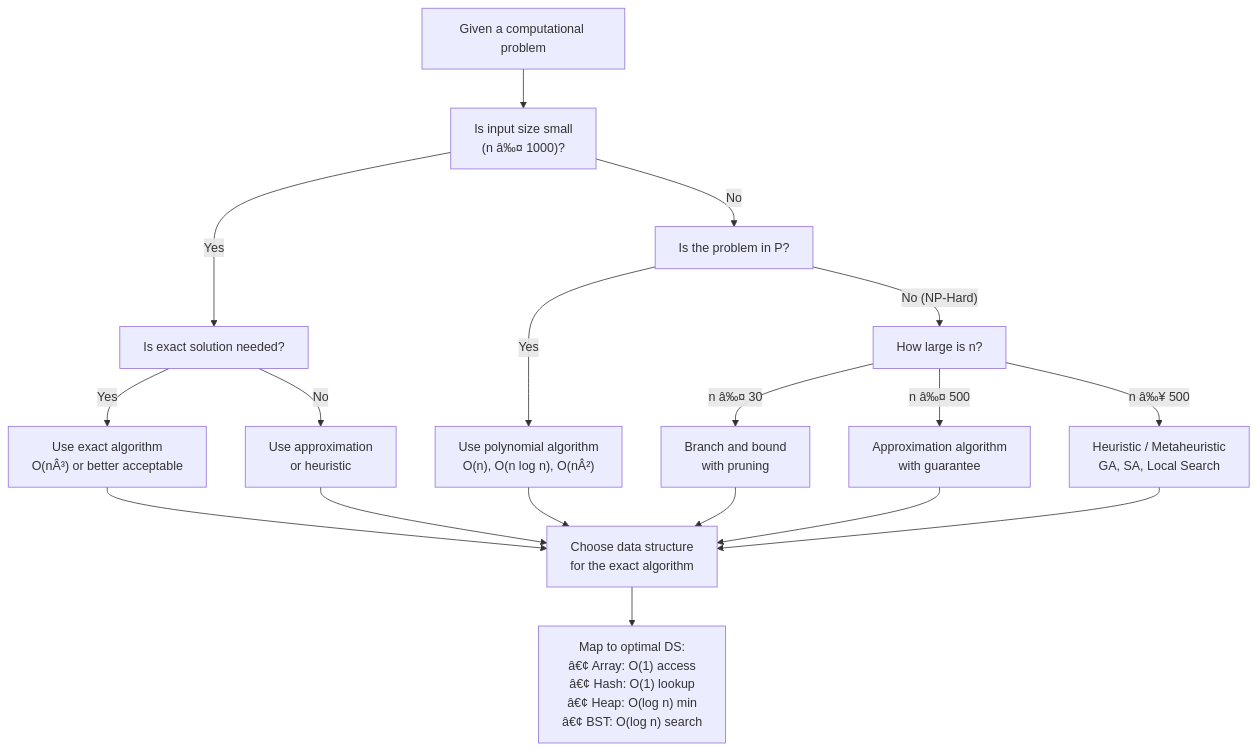
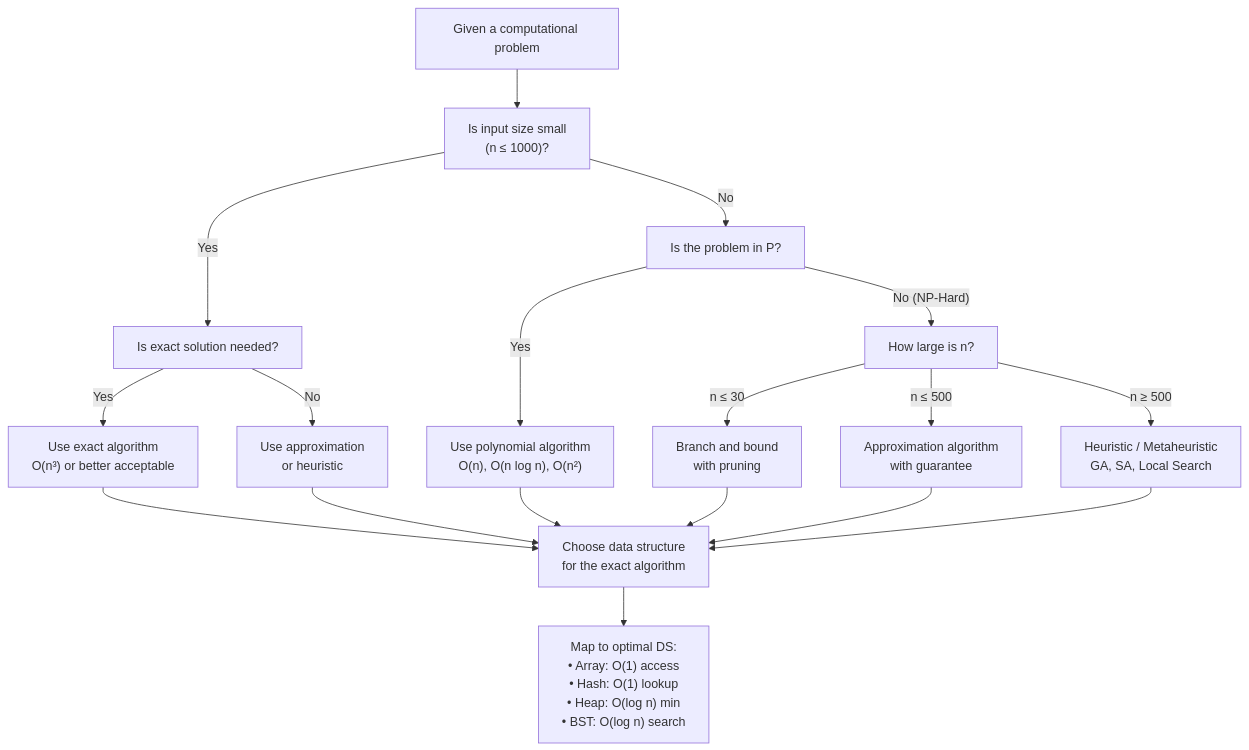
One commit to Raushan666java/ai-engineering-journey changed the second of 2 diagrams in docs/courses/data-structures/01-complexity.md. Above: the diagram before and after it, drawn with Mermaid. The commit also changed other lines of this file and 965 other files, not shown here.

````diff
--- a/docs/courses/data-structures/01-complexity.md
+++ b/docs/courses/data-structures/01-complexity.md
@@ -1386,25 +1386,25 @@
 ```mermaid
 flowchart TD
-    Start["Given a computational problem"] --> Q1["Is input size small<br/>(n â‰¤ 1000)?"]
+    Start["Given a computational problem"] --> Q1["Is input size small<br/>(n ≤ 1000)?"]
     Q1 -->|Yes| Q2["Is exact solution needed?"]
     Q1 -->|No| Q3["Is the problem in P?"]
     
-    Q2 -->|"Yes"| Exact["Use exact algorithm<br/>O(nÂ³) or better acceptable"]
+    Q2 -->|"Yes"| Exact["Use exact algorithm<br/>O(n³) or better acceptable"]
     Q2 -->|"No"| Approx["Use approximation<br/>or heuristic"]
     
-    Q3 -->|"Yes"| Poly["Use polynomial algorithm<br/>O(n), O(n log n), O(nÂ²)"]
+    Q3 -->|"Yes"| Poly["Use polynomial algorithm<br/>O(n), O(n log n), O(n²)"]
     Q3 -->|"No (NP-Hard)"| Q4["How large is n?"]
     
-    Q4 -->|"n â‰¤ 30"| Branch["Branch and bound<br/>with pruning"]
-    Q4 -->|"n â‰¤ 500"| Approx2["Approximation algorithm<br/>with guarantee"]
-    Q4 -->|"n â‰¥ 500"| Heuristic["Heuristic / Metaheuristic<br/>GA, SA, Local Search"]
+    Q4 -->|"n ≤ 30"| Branch["Branch and bound<br/>with pruning"]
+    Q4 -->|"n ≤ 500"| Approx2["Approximation algorithm<br/>with guarantee"]
+    Q4 -->|"n ≥ 500"| Heuristic["Heuristic / Metaheuristic<br/>GA, SA, Local Search"]
     
     Exact --> Choose["Choose data structure<br/>for the exact algorithm"]
     Poly --> Choose
     Approx --> Choose
     Branch --> Choose
     Approx2 --> Choose
     Heuristic --> Choose
     
-    Choose --> DS["Map to optimal DS:<br/>â€¢ Array: O(1) access<br/>â€¢ Hash: O(1) lookup<br/>â€¢ Heap: O(log n) min<br/>â€¢ BST: O(log n) search"]
+    Choose --> DS["Map to optimal DS:<br/>• Array: O(1) access<br/>• Hash: O(1) lookup<br/>• Heap: O(log n) min<br/>• BST: O(log n) search"]
 ```
````
